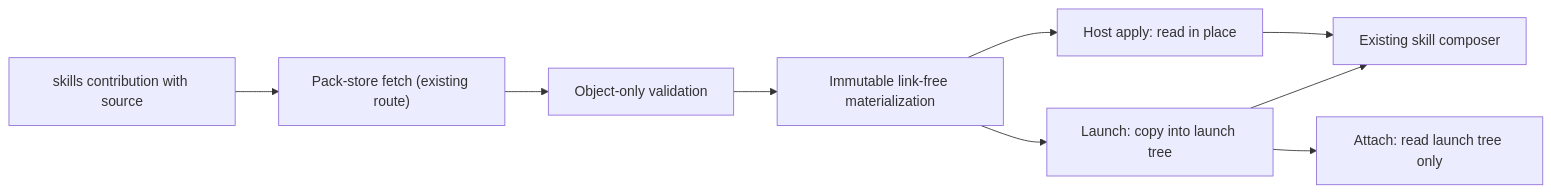
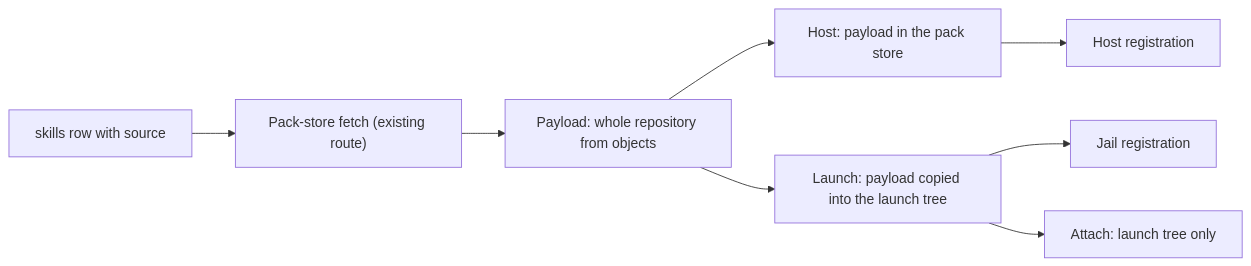
One commit to mschulkind-oss/yolo-jail changed the diagram in docs/design/git-skill-subtrees.md. Above: the diagram before and after it, drawn with Mermaid. The commit also changed other lines of this file and 1 other file, not shown here.

Commit message:
docs(packs): ground whole-repository skill registration plan

````diff
--- a/docs/design/git-skill-subtrees.md
+++ b/docs/design/git-skill-subtrees.md
@@ -92,11 +112,10 @@
 ```mermaid
 flowchart LR
-    D["skills contribution with source"] --> F["Pack-store fetch (existing route)"]
-    F --> V["Object-only validation"]
-    V --> M["Immutable link-free materialization"]
-    M --> H["Host apply: read in place"]
-    M --> S["Launch: copy into launch tree"]
-    S --> A["Attach: read launch tree only"]
-    H --> C["Existing skill composer"]
-    S --> C
+    D["skills row with source"] --> F["Pack-store fetch (existing route)"]
+    F --> P["Payload: whole repository from objects"]
+    P --> HP["Host: payload in the pack store"]
+    P --> LP["Launch: payload copied into the launch tree"]
+    HP --> HR["Host registration"]
+    LP --> JR["Jail registration"]
+    LP --> A["Attach: launch tree only"]
 ```
````
